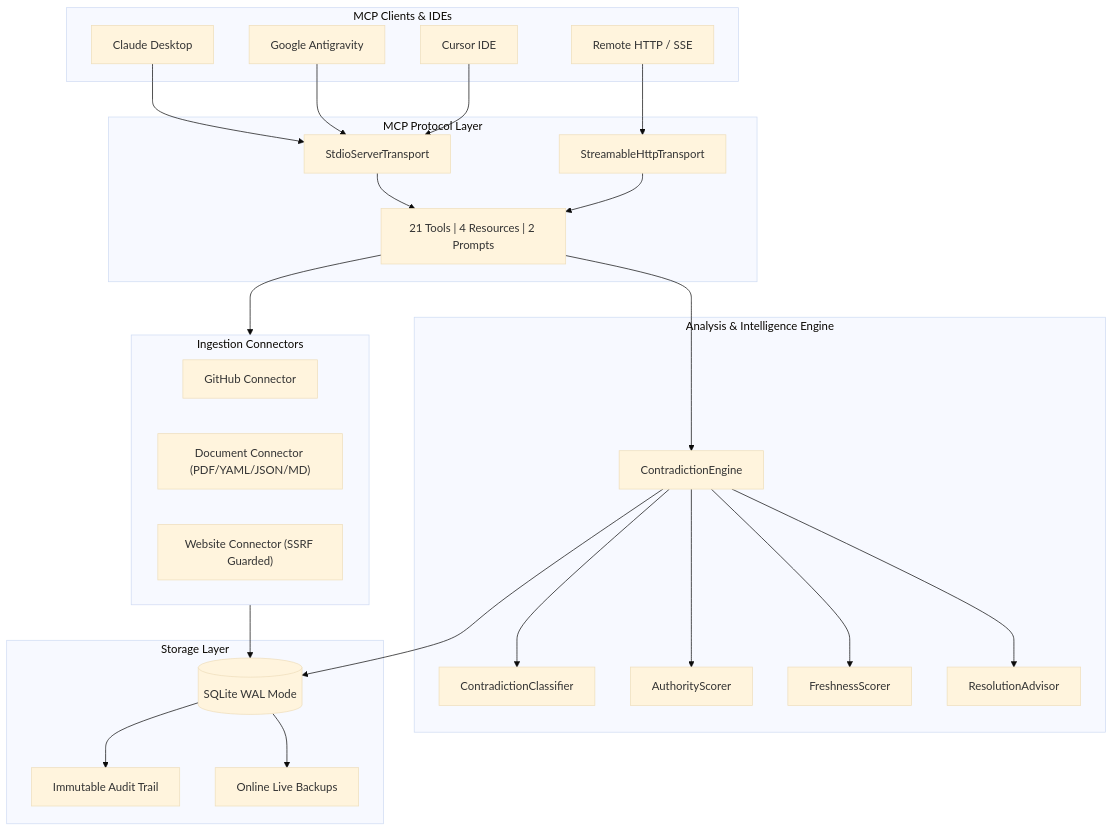
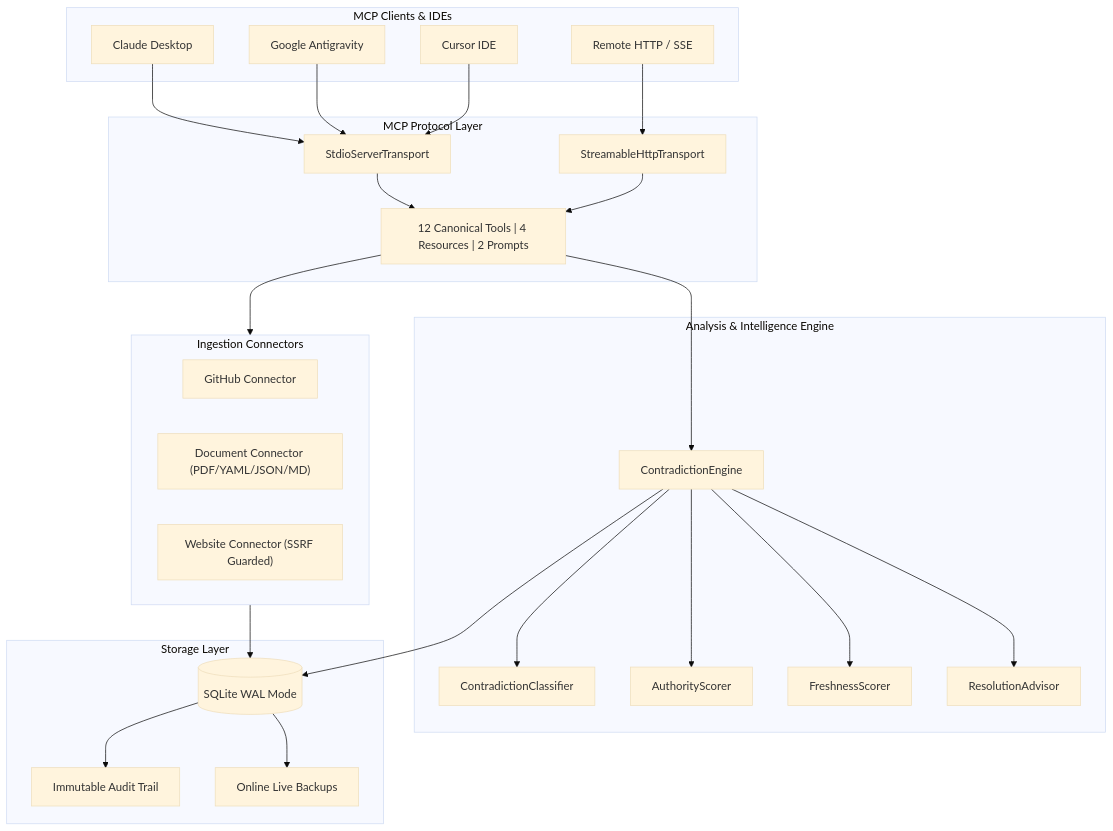
One commit to Daksh-create349/Contradiction-MCP changed the diagram in contradiction-mcp/README.md. Above: the diagram before and after it, drawn with Mermaid (base theme). The commit also changed other lines of this file and 15 other files, not shown here.

First line of the commit message:
chore(release): v0.3.0 - 12 canonical tools, multi-format docx table extraction, and backwards compatibility routing

````diff
--- a/contradiction-mcp/README.md
+++ b/contradiction-mcp/README.md
@@ -105,56 +105,56 @@
 ```mermaid
 flowchart TD
     subgraph Clients["MCP Clients & IDEs"]
         Claude["Claude Desktop"]
         AGY["Google Antigravity"]
         Cursor["Cursor IDE"]
         HTTP["Remote HTTP / SSE"]
     end
 
     subgraph Protocol["MCP Protocol Layer"]
         StdioT["StdioServerTransport"]
         HttpT["StreamableHttpTransport"]
-        Router["21 Tools | 4 Resources | 2 Prompts"]
+        Router["12 Canonical Tools | 4 Resources | 2 Prompts"]
     end
 
     subgraph Core["Analysis & Intelligence Engine"]
         Engine["ContradictionEngine"]
         Classifier["ContradictionClassifier"]
         Authority["AuthorityScorer"]
         Freshness["FreshnessScorer"]
         Advisor["ResolutionAdvisor"]
     end
 
     subgraph Connectors["Ingestion Connectors"]
         GH["GitHub Connector"]
         DOC["Document Connector (PDF/YAML/JSON/MD)"]
         WEB["Website Connector (SSRF Guarded)"]
     end
 
     subgraph Storage["Storage Layer"]
         DB[(SQLite WAL Mode)]
         Audit["Immutable Audit Trail"]
         Backups["Online Live Backups"]
     end
 
     Claude --> StdioT
     AGY --> StdioT
     Cursor --> StdioT
     HTTP --> HttpT
 
     StdioT --> Router
     HttpT --> Router
 
     Router --> Engine
     Router --> Connectors
 
     Connectors --> DB
     Engine --> Classifier
     Engine --> Authority
     Engine --> Freshness
     Engine --> Advisor
 
     Engine --> DB
     DB --> Audit
     DB --> Backups
 ```
````
